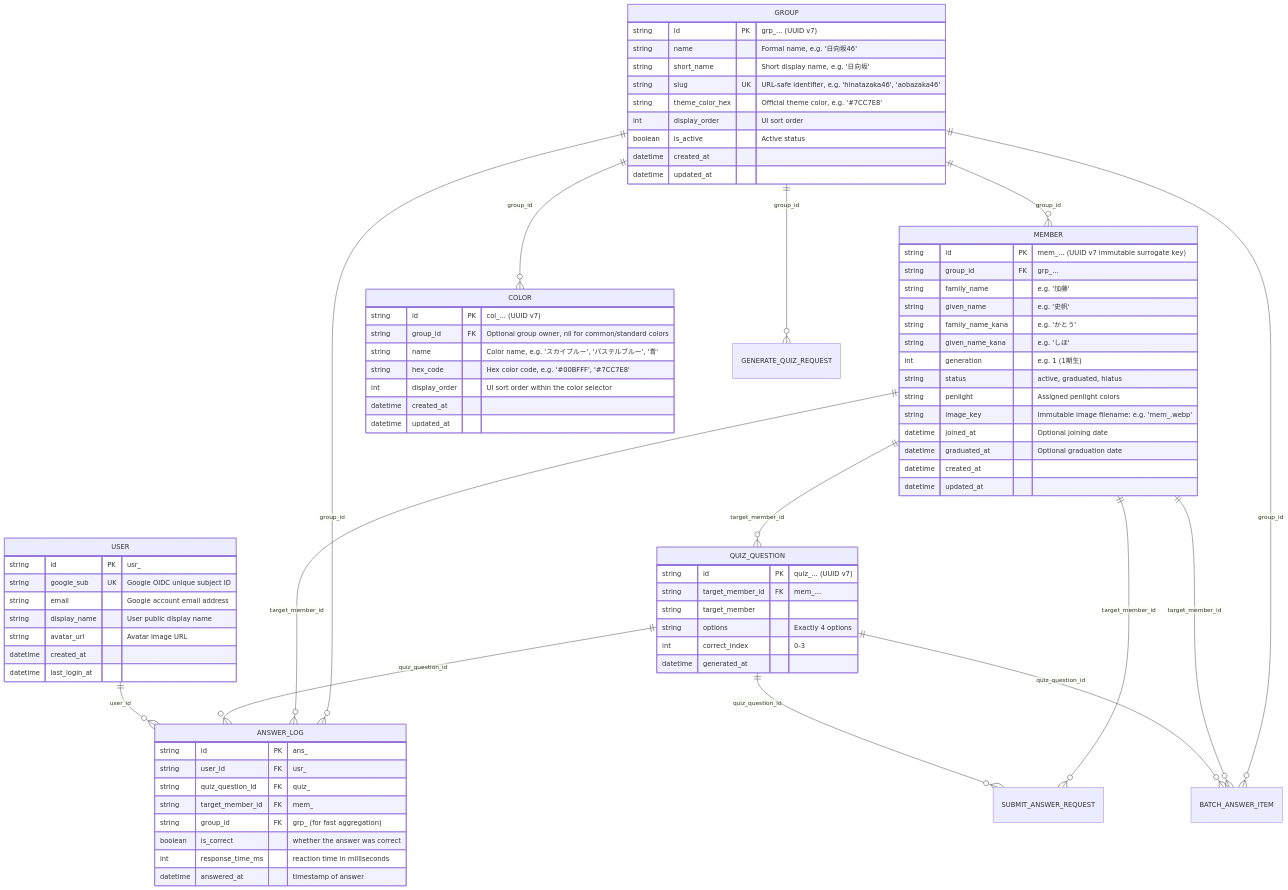
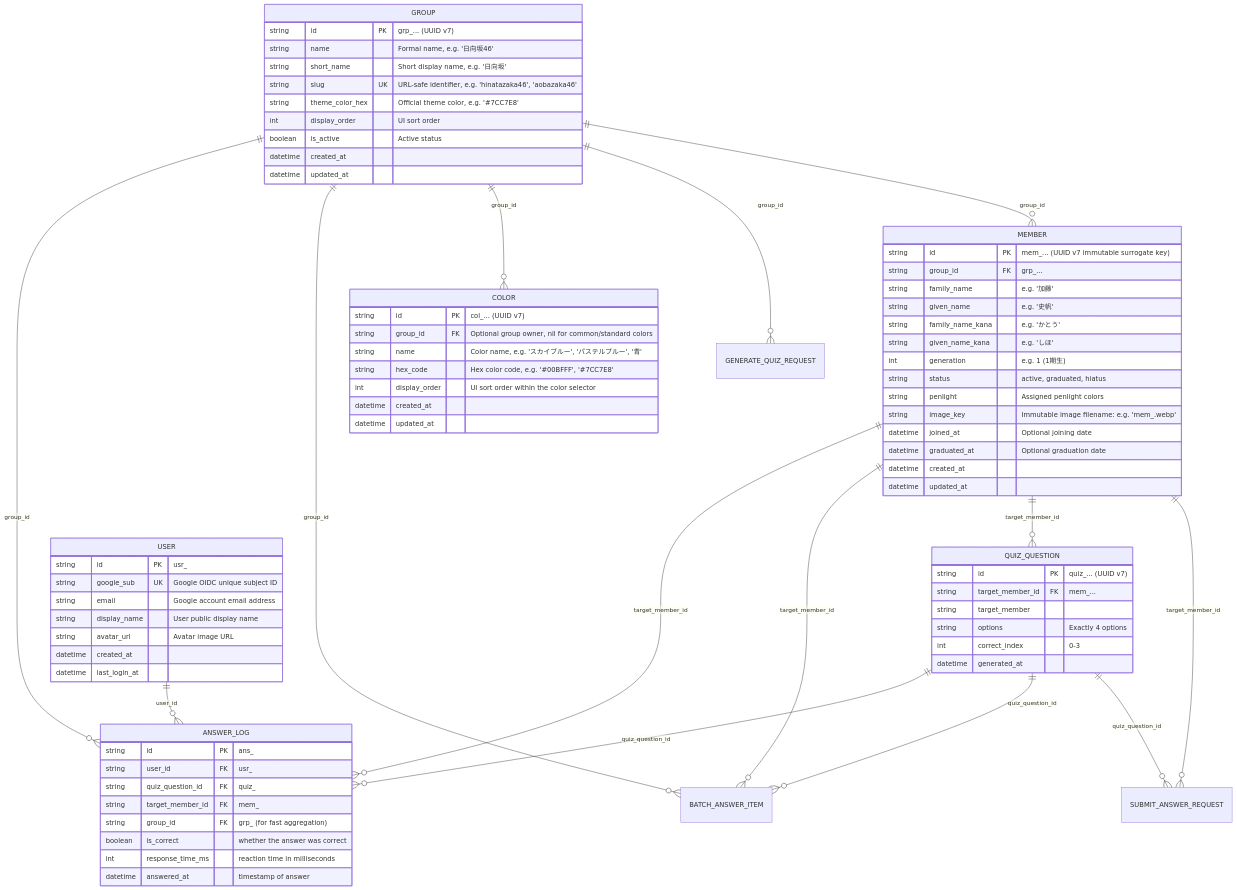
One commit to AobaIwaki123/penlight-v2 changed the diagram in assets/schema/er-diagram.mermaid. Above: the diagram before and after it, drawn with Mermaid. The commit also changed other lines of this file and 8 other files, not shown here.

```diff
--- a/assets/schema/er-diagram.mermaid
+++ b/assets/schema/er-diagram.mermaid
@@ -1,83 +1,83 @@
 erDiagram
-    GROUP ||--o{ MEMBER : "group_id"
-    USER ||--o{ ANSWER_LOG : "user_id"
-    QUIZ_QUESTION ||--o{ ANSWER_LOG : "quiz_question_id"
-    MEMBER ||--o{ ANSWER_LOG : "target_member_id"
     GROUP ||--o{ ANSWER_LOG : "group_id"
+    GROUP ||--o{ BATCH_ANSWER_ITEM : "group_id"
     GROUP ||--o{ COLOR : "group_id"
     GROUP ||--o{ GENERATE_QUIZ_REQUEST : "group_id"
+    GROUP ||--o{ MEMBER : "group_id"
+    MEMBER ||--o{ ANSWER_LOG : "target_member_id"
+    MEMBER ||--o{ BATCH_ANSWER_ITEM : "target_member_id"
+    MEMBER ||--o{ QUIZ_QUESTION : "target_member_id"
+    MEMBER ||--o{ SUBMIT_ANSWER_REQUEST : "target_member_id"
+    QUIZ_QUESTION ||--o{ ANSWER_LOG : "quiz_question_id"
+    QUIZ_QUESTION ||--o{ BATCH_ANSWER_ITEM : "quiz_question_id"
     QUIZ_QUESTION ||--o{ SUBMIT_ANSWER_REQUEST : "quiz_question_id"
-    MEMBER ||--o{ SUBMIT_ANSWER_REQUEST : "target_member_id"
-    QUIZ_QUESTION ||--o{ BATCH_ANSWER_ITEM : "quiz_question_id"
-    MEMBER ||--o{ BATCH_ANSWER_ITEM : "target_member_id"
-    GROUP ||--o{ BATCH_ANSWER_ITEM : "group_id"
-    MEMBER ||--o{ QUIZ_QUESTION : "target_member_id"
+    USER ||--o{ ANSWER_LOG : "user_id"
 
     GROUP {
         string id PK "grp_... (UUID v7)"
         string name "Formal name, e.g. '日向坂46'"
         string short_name "Short display name, e.g. '日向坂'"
         string slug UK "URL-safe identifier, e.g. 'hinatazaka46', 'aobazaka46'"
         string theme_color_hex "Official theme color, e.g. '#7CC7E8'"
         int display_order "UI sort order"
         boolean is_active "Active status"
         datetime created_at
         datetime updated_at
     }
 
     COLOR {
         string id PK "col_... (UUID v7)"
         string group_id FK "Optional group owner, nil for common/standard colors"
         string name "Color name, e.g. 'スカイブルー', 'パステルブルー', '青'"
         string hex_code "Hex color code, e.g. '#00BFFF', '#7CC7E8'"
         int display_order "UI sort order within the color selector"
         datetime created_at
         datetime updated_at
     }
 
     MEMBER {
         string id PK "mem_... (UUID v7 immutable surrogate key)"
         string group_id FK "grp_..."
         string family_name "e.g. '加藤'"
         string given_name "e.g. '史帆'"
         string family_name_kana "e.g. 'かとう'"
         string given_name_kana "e.g. 'しほ'"
         int generation "e.g. 1 (1期生)"
         string status "active, graduated, hiatus"
         string penlight "Assigned penlight colors"
         string image_key "Immutable image filename: e.g. 'mem_<uuidv7>.webp'"
         datetime joined_at "Optional joining date"
         datetime graduated_at "Optional graduation date"
         datetime created_at
         datetime updated_at
     }
 
     USER {
         string id PK "usr_<uuidv7>"
         string google_sub UK "Google OIDC unique subject ID"
         string email "Google account email address"
         string display_name "User public display name"
         string avatar_url "Avatar image URL"
         datetime created_at
         datetime last_login_at
     }
 
     ANSWER_LOG {
         string id PK "ans_<uuidv7>"
         string user_id FK "usr_<uuidv7>"
         string quiz_question_id FK "quiz_<uuidv7>"
         string target_member_id FK "mem_<uuidv7>"
         string group_id FK "grp_<uuidv7> (for fast aggregation)"
         boolean is_correct "whether the answer was correct"
         int response_time_ms "reaction time in milliseconds"
         datetime answered_at "timestamp of answer"
     }
 
     QUIZ_QUESTION {
         string id PK "quiz_... (UUID v7)"
         string target_member_id FK "mem_..."
         string target_member
         string options "Exactly 4 options"
         int correct_index "0-3"
         datetime generated_at
     }
```
